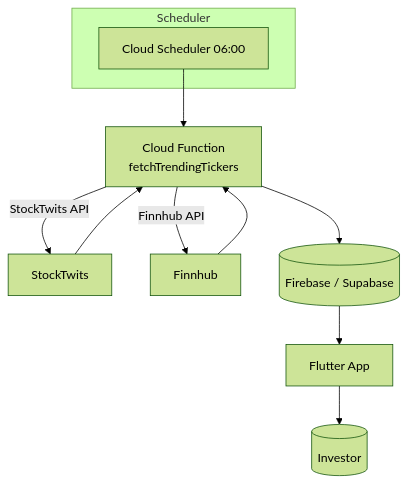
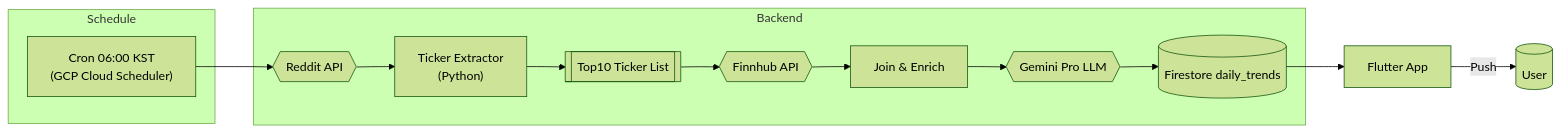
Before and after one commit to Son0H2/today-meme-news: the diagram in README.md, drawn with Mermaid (forest theme). The commit also changed other lines of this file, not shown here.

````diff
--- a/README.md
+++ b/README.md
@@ -42,14 +53,17 @@
 ```mermaid
-graph TD
-  subgraph Scheduler
-    Cron["Cloud Scheduler 06:00"]
-  end
-  Cron --> Fn["Cloud Function\nfetchTrendingTickers"]
-  Fn -->|StockTwits API| ST[StockTwits]
-  Fn -->|Finnhub API| FH[Finnhub]
-  ST --> Fn
-  FH --> Fn
-  Fn --> DB[(Firebase / Supabase)]
-  DB --> App[Flutter App]
-  App --> User[(Investor)]
+flowchart LR
+    subgraph Schedule
+        A["Cron 06:00 KST\n(GCP Cloud Scheduler)"]
+    end
+    subgraph Backend
+        B{{Reddit API}}-->C["Ticker Extractor\n(Python) "]
+        C-->D[["Top10 Ticker List"]]
+        D-->E{{Finnhub API}}
+        E-->F["Join & Enrich"]
+        F-->G{{Gemini Pro LLM}}
+        G-->H[(Firestore daily_trends)]
+    end
+    A-->B
+    H-->I[Flutter App]
+    I-- Push -->U[(User)]
 ```
````
